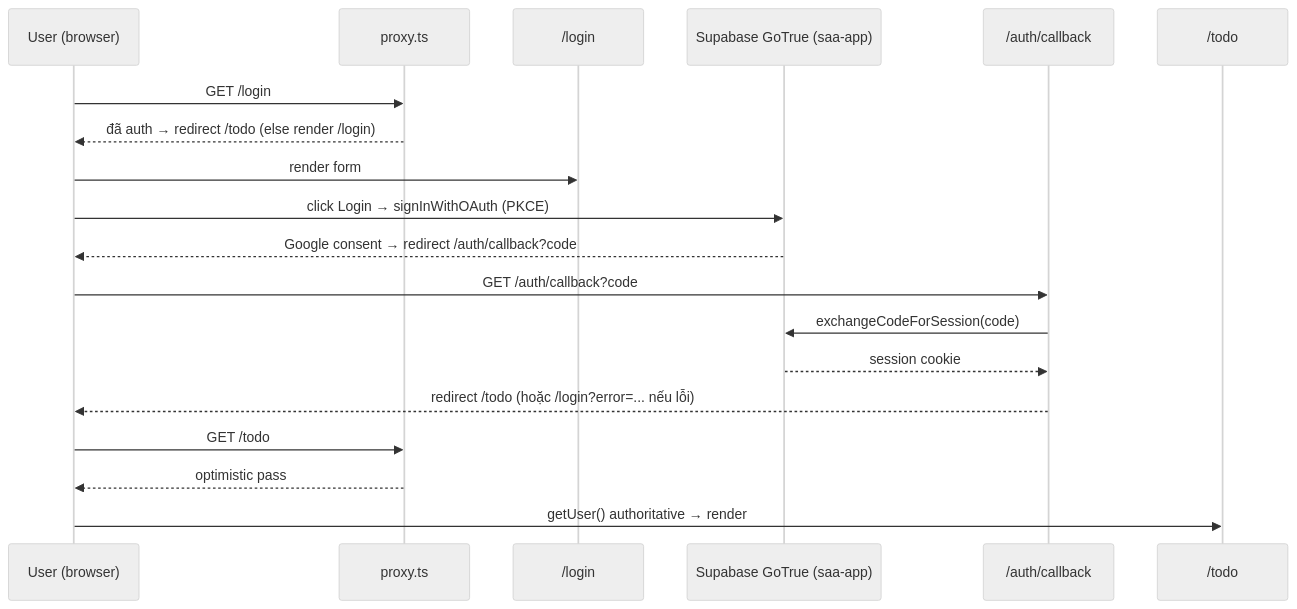
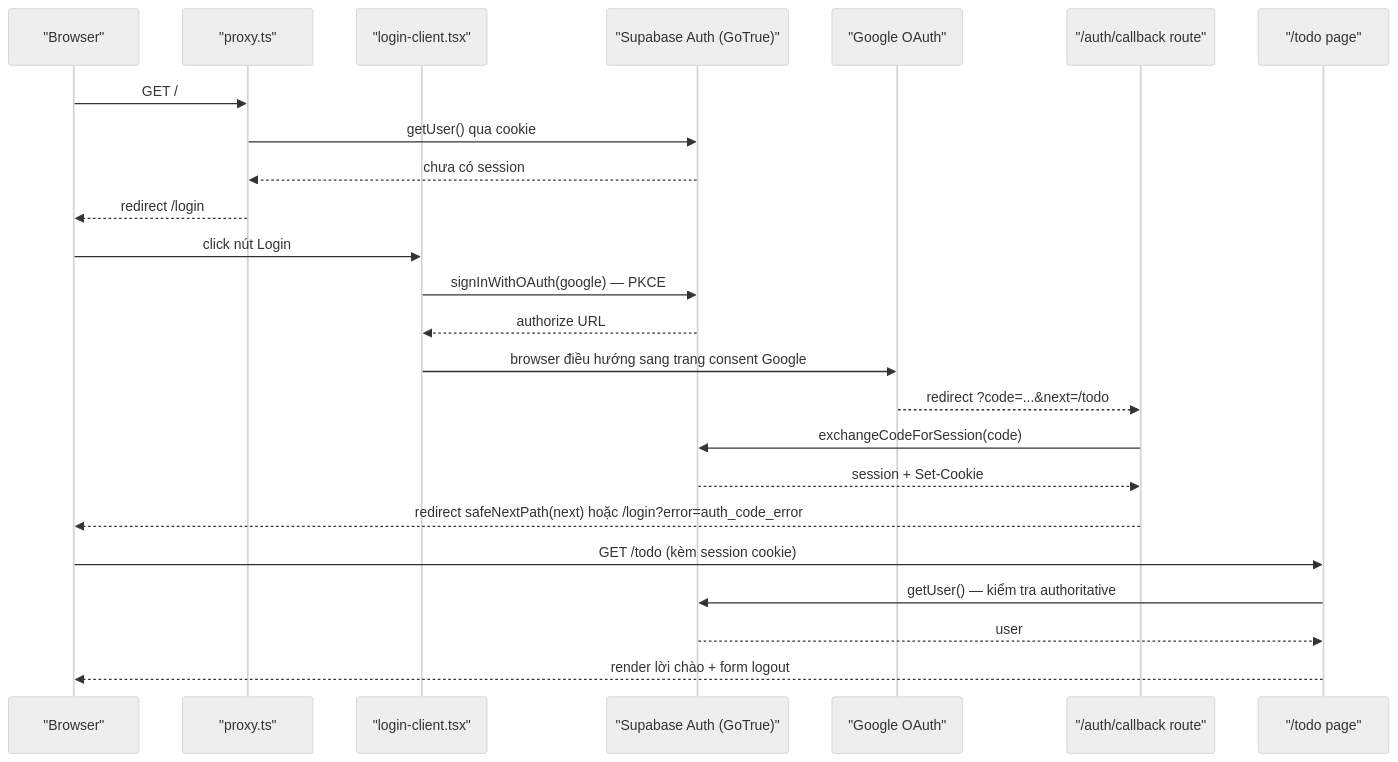
Before and after one commit to thangdx-1076/agentic-coding-hands-on: the second of 2 diagrams in docs/vi/system/architecture.md, drawn with Mermaid (neutral theme). The commit also changed other lines of this file and 6 other files, not shown here.

````diff
--- a/docs/vi/system/architecture.md
+++ b/docs/vi/system/architecture.md
@@ -44,22 +86,27 @@
 ```mermaid
 sequenceDiagram
-    participant U as User (browser)
-    participant P as proxy.ts
-    participant L as /login
-    participant G as Supabase GoTrue (saa-app)
-    participant C as /auth/callback
-    participant T as /todo
+    participant B as "Browser"
+    participant P as "proxy.ts"
+    participant LC as "login-client.tsx"
+    participant SB as "Supabase Auth (GoTrue)"
+    participant G as "Google OAuth"
+    participant CB as "/auth/callback route"
+    participant T as "/todo page"
 
-    U->>P: GET /login
-    P-->>U: đã auth → redirect /todo (else render /login)
-    U->>L: render form
-    U->>G: click Login → signInWithOAuth (PKCE)
-    G-->>U: Google consent → redirect /auth/callback?code
-    U->>C: GET /auth/callback?code
-    C->>G: exchangeCodeForSession(code)
-    G-->>C: session cookie
-    C-->>U: redirect /todo (hoặc /login?error=... nếu lỗi)
-    U->>P: GET /todo
-    P-->>U: optimistic pass
-    U->>T: getUser() authoritative → render
+    B->>P: GET /
+    P->>SB: getUser() qua cookie
+    SB-->>P: chưa có session
+    P-->>B: redirect /login
+    B->>LC: click nút Login
+    LC->>SB: signInWithOAuth(google) — PKCE
+    SB-->>LC: authorize URL
+    LC->>G: browser điều hướng sang trang consent Google
+    G-->>CB: redirect ?code=...&next=/todo
+    CB->>SB: exchangeCodeForSession(code)
+    SB-->>CB: session + Set-Cookie
+    CB-->>B: redirect safeNextPath(next) hoặc /login?error=auth_code_error
+    B->>T: GET /todo (kèm session cookie)
+    T->>SB: getUser() — kiểm tra authoritative
+    SB-->>T: user
+    T-->>B: render lời chào + form logout
 ```
````
